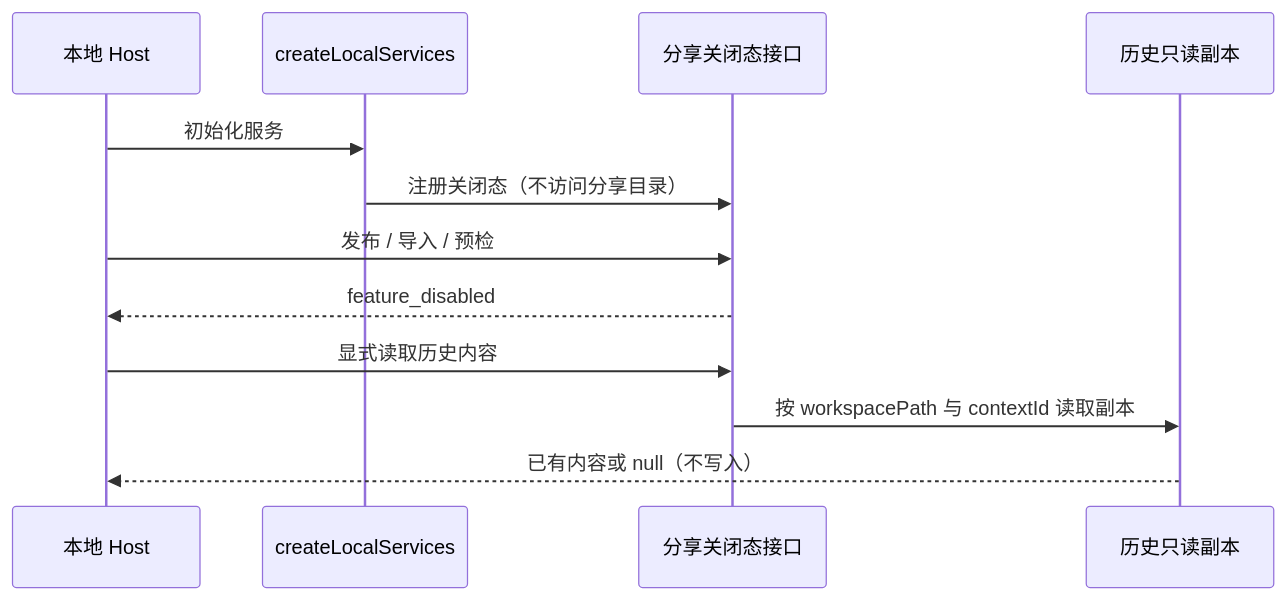
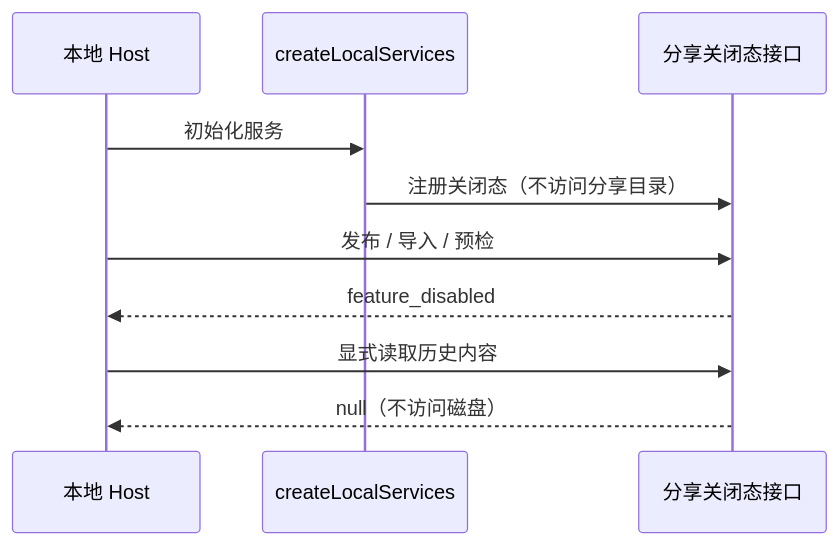
One commit to mewcoder/NCode changed the first of 3 diagrams in ncode-feature.md. Above: the diagram before and after it, drawn with Mermaid. The commit also changed other lines of this file and 4 other files, not shown here.

````diff
--- a/ncode-feature.md
+++ b/ncode-feature.md
@@ -87,14 +87,12 @@
 ```mermaid
 sequenceDiagram
   participant Host as 本地 Host
   participant Services as createLocalServices
   participant Closed as 分享关闭态接口
-  participant Disk as 历史只读副本
   Host->>Services: 初始化服务
   Services->>Closed: 注册关闭态（不访问分享目录）
   Host->>Closed: 发布 / 导入 / 预检
   Closed-->>Host: feature_disabled
   Host->>Closed: 显式读取历史内容
-  Closed->>Disk: 按 workspacePath 与 contextId 读取副本
-  Disk-->>Host: 已有内容或 null（不写入）
+  Closed-->>Host: null（不访问磁盘）
 ```
````
